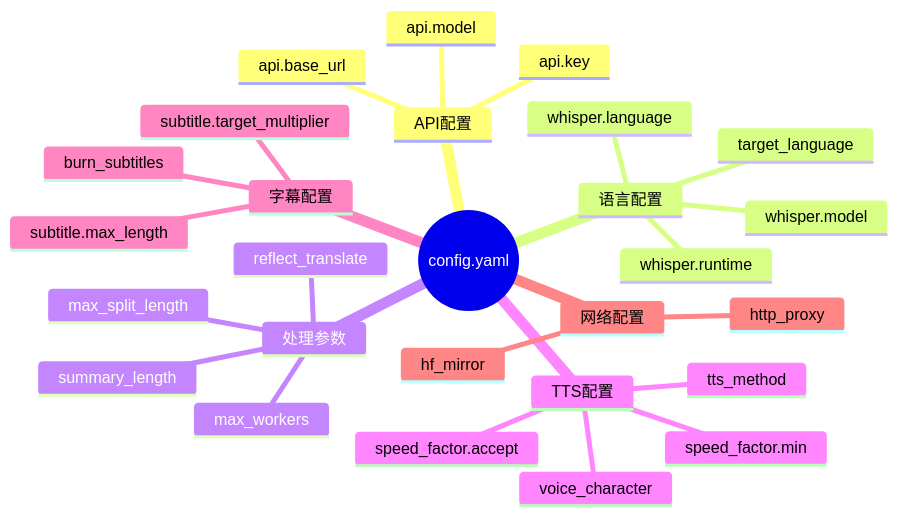
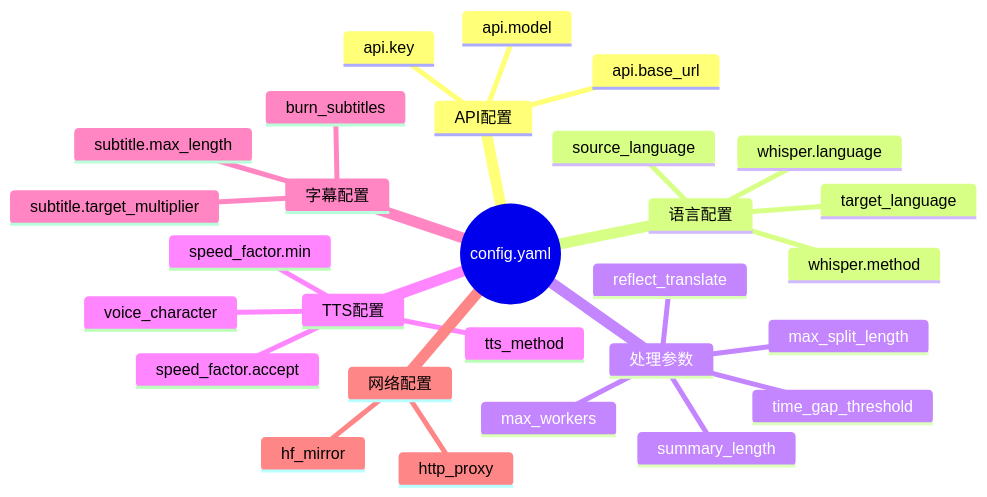
Before and after one commit to NuoManDai/VedioAITranslateSub: diagram 12 of 14 in docs/ARCHITECTURE.md, drawn with Mermaid. The commit also changed other lines of this file and 16 other files, not shown here.

````diff
--- a/docs/ARCHITECTURE.md
+++ b/docs/ARCHITECTURE.md
@@ -483,30 +656,31 @@
 ```mermaid
 mindmap
   root((config.yaml))
     API配置
       api.key
       api.base_url
       api.model
     语言配置
+      source_language
       target_language
-      whisper.model
+      whisper.method
       whisper.language
-      whisper.runtime
     处理参数
       max_workers
       max_split_length
+      time_gap_threshold
       summary_length
       reflect_translate
     TTS配置
       tts_method
       speed_factor.accept
       speed_factor.min
       voice_character
     字幕配置
       subtitle.max_length
       subtitle.target_multiplier
       burn_subtitles
     网络配置
       hf_mirror
       http_proxy
 ```
````
